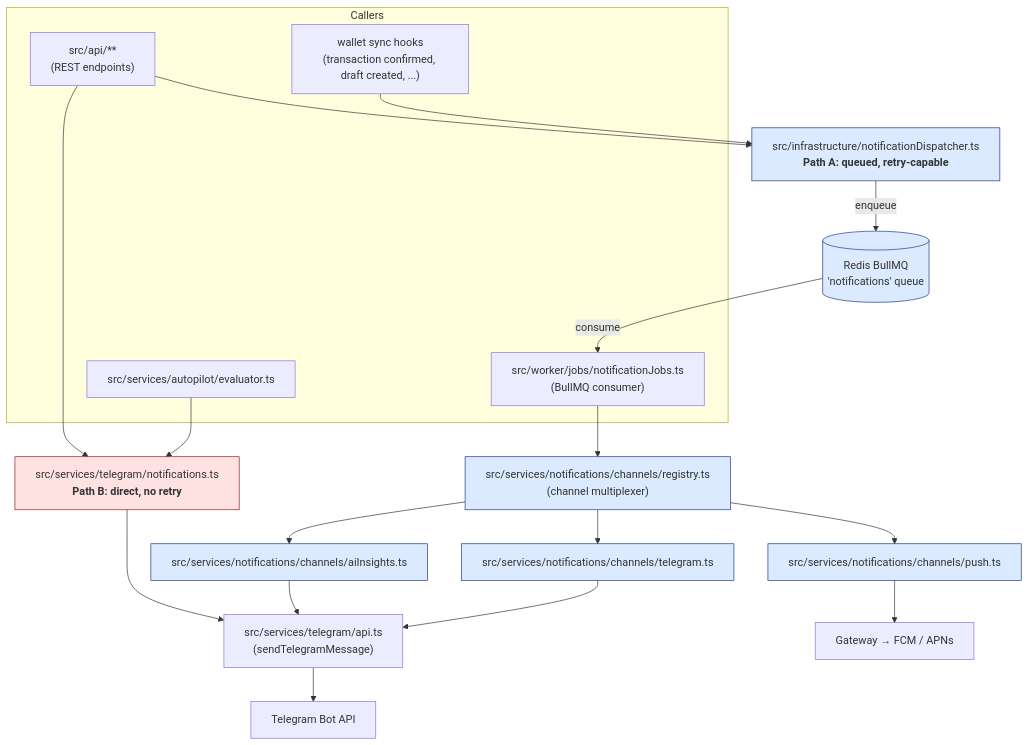
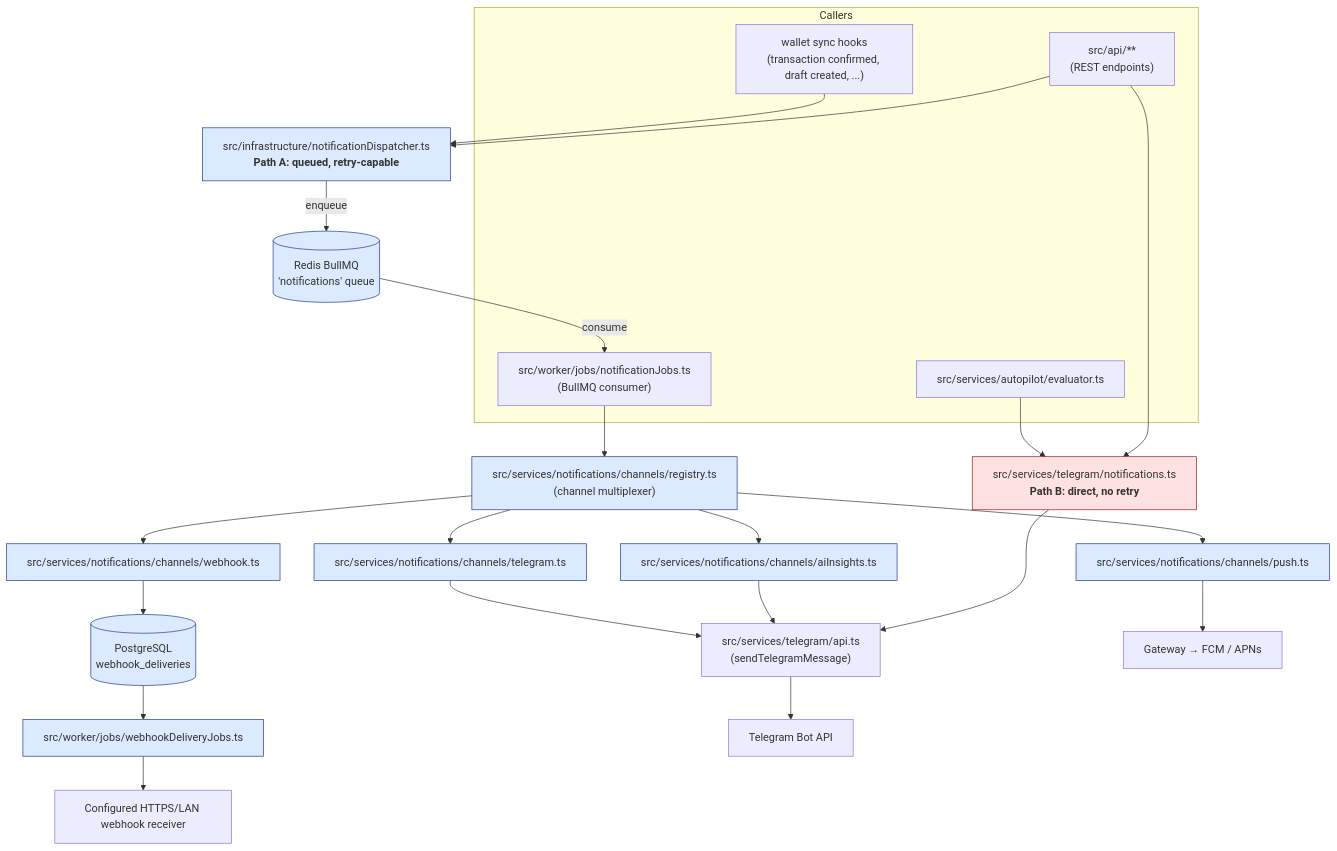
One commit to nekoguntai-castle/sanctuary changed the diagram in docs/architecture/notification-pipeline.md. Above: the diagram before and after it, drawn with Mermaid. The commit also changed other lines of this file and 63 other files, not shown here.

Commit message:
Add wallet webhook notifications

````diff
--- a/docs/architecture/notification-pipeline.md
+++ b/docs/architecture/notification-pipeline.md
@@ -9,57 +9,67 @@
 ```mermaid
 graph TD
     subgraph Callers
       ApiRoutes["src/api/**<br/>(REST endpoints)"]
       Worker["src/worker/jobs/notificationJobs.ts<br/>(BullMQ consumer)"]
       Autopilot["src/services/autopilot/evaluator.ts"]
       WalletSync["wallet sync hooks<br/>(transaction confirmed, draft created, ...)"]
     end
 
     Dispatcher["src/infrastructure/notificationDispatcher.ts<br/><b>Path A: queued, retry-capable</b>"]
     Queue[("Redis BullMQ<br/>'notifications' queue")]
     Registry["src/services/notifications/channels/registry.ts<br/>(channel multiplexer)"]
     ChannelTelegram["src/services/notifications/channels/telegram.ts"]
     ChannelPush["src/services/notifications/channels/push.ts"]
     ChannelAi["src/services/notifications/channels/aiInsights.ts"]
+    ChannelWebhook["src/services/notifications/channels/webhook.ts"]
+    WebhookOutbox[("PostgreSQL<br/>webhook_deliveries")]
+    WebhookWorker["src/worker/jobs/webhookDeliveryJobs.ts"]
 
     DirectTg["src/services/telegram/notifications.ts<br/><b>Path B: direct, no retry</b>"]
     TelegramApi["src/services/telegram/api.ts<br/>(sendTelegramMessage)"]
 
     Telegram["Telegram Bot API"]
     GatewayPush["Gateway → FCM / APNs"]
+    ExternalWebhook["Configured HTTPS/LAN webhook receiver"]
 
     %% Path A — preferred
     WalletSync --> Dispatcher
     ApiRoutes --> Dispatcher
     Worker --> Registry
     Dispatcher -- "enqueue" --> Queue
     Queue -- "consume" --> Worker
     Registry --> ChannelTelegram
     Registry --> ChannelPush
     Registry --> ChannelAi
+    Registry --> ChannelWebhook
     ChannelTelegram --> TelegramApi
     ChannelPush --> GatewayPush
     ChannelAi --> TelegramApi
+    ChannelWebhook --> WebhookOutbox
+    WebhookOutbox --> WebhookWorker
+    WebhookWorker --> ExternalWebhook
 
     %% Path B — direct
     Autopilot --> DirectTg
     ApiRoutes --> DirectTg
     DirectTg --> TelegramApi
 
     TelegramApi --> Telegram
 
     click Dispatcher href "../../server/src/infrastructure/notificationDispatcher.ts#queueTransactionNotification"
     click Registry href "../../server/src/services/notifications/channels/registry.ts#notificationChannelRegistry"
     click ChannelTelegram href "../../server/src/services/notifications/channels/telegram.ts#telegramChannelHandler"
     click ChannelPush href "../../server/src/services/notifications/channels/push.ts"
     click ChannelAi href "../../server/src/services/notifications/channels/aiInsights.ts"
+    click ChannelWebhook href "../../server/src/services/notifications/channels/webhook.ts"
+    click WebhookWorker href "../../server/src/worker/jobs/webhookDeliveryJobs.ts"
     click DirectTg href "../../server/src/services/telegram/notifications.ts#notifyNewTransactions"
     click TelegramApi href "../../server/src/services/telegram/api.ts#sendTelegramMessage"
     click Worker href "../../server/src/worker/jobs/notificationJobs.ts"
     click Autopilot href "../../server/src/services/autopilot/evaluator.ts"
 
     classDef pathA fill:#dbeafe,stroke:#1e3a8a;
     classDef pathB fill:#fee2e2,stroke:#991b1b;
-    class Dispatcher,Queue,Registry,ChannelTelegram,ChannelPush,ChannelAi pathA;
+    class Dispatcher,Queue,Registry,ChannelTelegram,ChannelPush,ChannelAi,ChannelWebhook,WebhookOutbox,WebhookWorker pathA;
     class DirectTg pathB;
 ```
````
